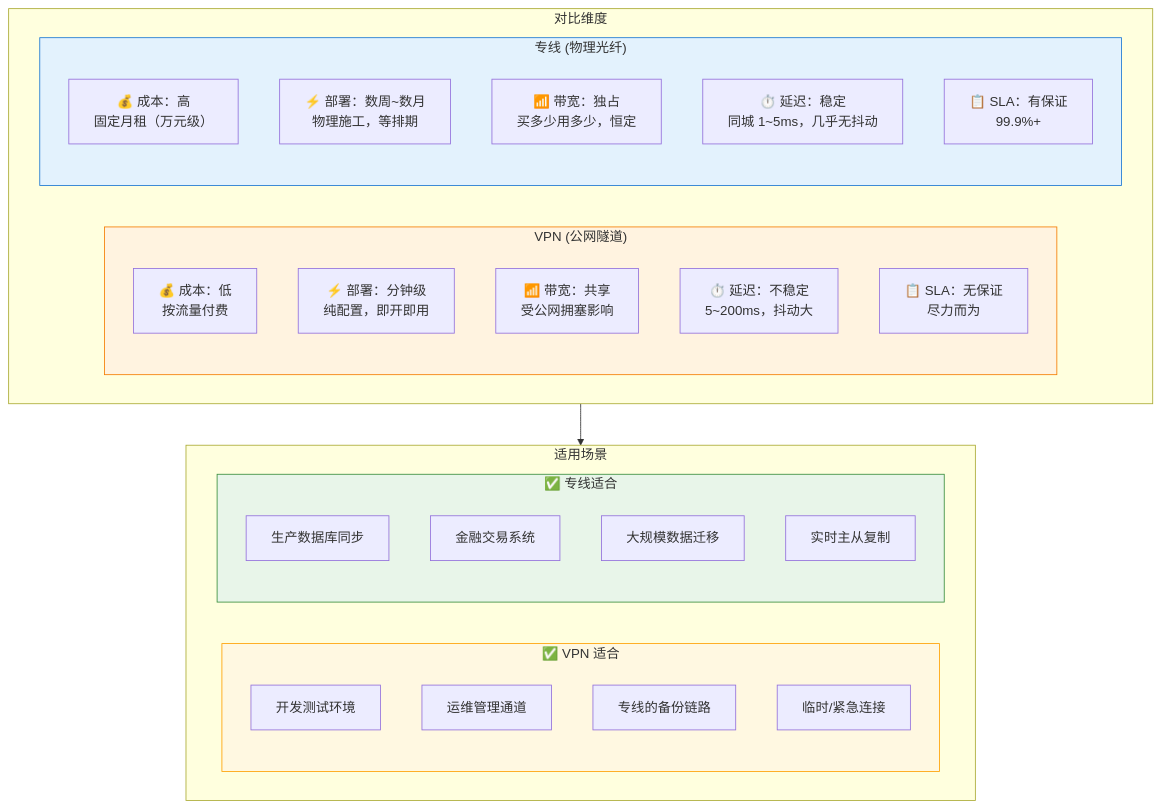
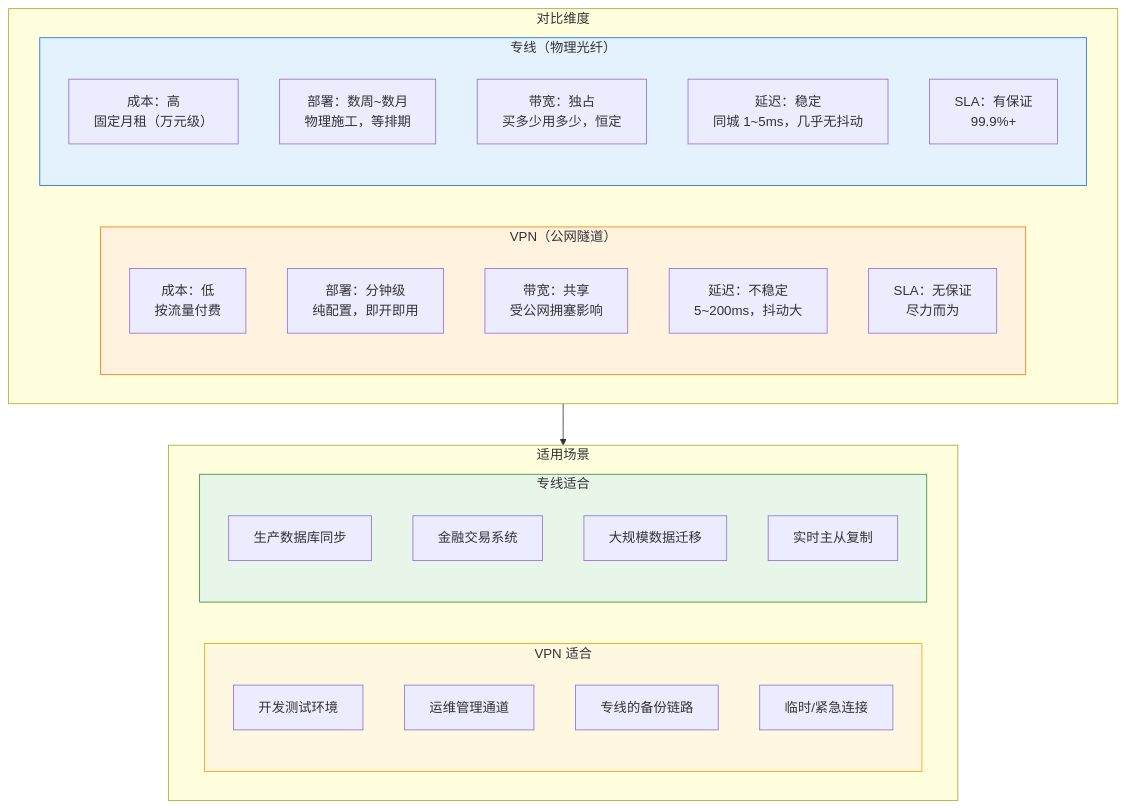
One commit to caozhiyi/network-book changed the fourth of 4 diagrams in docs/21.拉一根光纤专线接入.md. Above: the diagram before and after it, drawn with Mermaid. The commit also changed other lines of this file and 36 other files, not shown here.

````diff
--- a/docs/21.拉一根光纤专线接入.md
+++ b/docs/21.拉一根光纤专线接入.md
@@ -202,43 +218,43 @@
 ```mermaid
 graph TB
     subgraph COMPARE["对比维度"]
         direction LR
-        subgraph VPN_SIDE["VPN (公网隧道)"]
-            V1["💰 成本：低<br/>按流量付费"]
-            V2["⚡ 部署：分钟级<br/>纯配置，即开即用"]
-            V3["📶 带宽：共享<br/>受公网拥塞影响"]
-            V4["⏱️ 延迟：不稳定<br/>5~200ms，抖动大"]
-            V5["📋 SLA：无保证<br/>尽力而为"]
+        subgraph VPN_SIDE["VPN（公网隧道）"]
+            V1["成本：低<br/>按流量付费"]
+            V2["部署：分钟级<br/>纯配置，即开即用"]
+            V3["带宽：共享<br/>受公网拥塞影响"]
+            V4["延迟：不稳定<br/>5~200ms，抖动大"]
+            V5["SLA：无保证<br/>尽力而为"]
         end
-        subgraph DC_SIDE["专线 (物理光纤)"]
-            D1["💰 成本：高<br/>固定月租（万元级）"]
-            D2["⚡ 部署：数周~数月<br/>物理施工，等排期"]
-            D3["📶 带宽：独占<br/>买多少用多少，恒定"]
-            D4["⏱️ 延迟：稳定<br/>同城 1~5ms，几乎无抖动"]
-            D5["📋 SLA：有保证<br/>99.9%+"]
+        subgraph DC_SIDE["专线（物理光纤）"]
+            D1["成本：高<br/>固定月租（万元级）"]
+            D2["部署：数周~数月<br/>物理施工，等排期"]
+            D3["带宽：独占<br/>买多少用多少，恒定"]
+            D4["延迟：稳定<br/>同城 1~5ms，几乎无抖动"]
+            D5["SLA：有保证<br/>99.9%+"]
         end
     end
 
     subgraph SCENARIOS["适用场景"]
         direction LR
-        subgraph VPN_USE["✅ VPN 适合"]
+        subgraph VPN_USE["VPN 适合"]
             VU1["开发测试环境"]
             VU2["运维管理通道"]
             VU3["专线的备份链路"]
             VU4["临时/紧急连接"]
         end
-        subgraph DC_USE["✅ 专线适合"]
+        subgraph DC_USE["专线适合"]
             DU1["生产数据库同步"]
             DU2["金融交易系统"]
             DU3["大规模数据迁移"]
             DU4["实时主从复制"]
         end
     end
 
     COMPARE --> SCENARIOS
 
     style VPN_SIDE fill:#fff3e0,stroke:#f57c00
     style DC_SIDE fill:#e3f2fd,stroke:#1976d2
     style VPN_USE fill:#fff8e1,stroke:#ffa000
     style DC_USE fill:#e8f5e9,stroke:#388e3c
-```
+``` 
````
